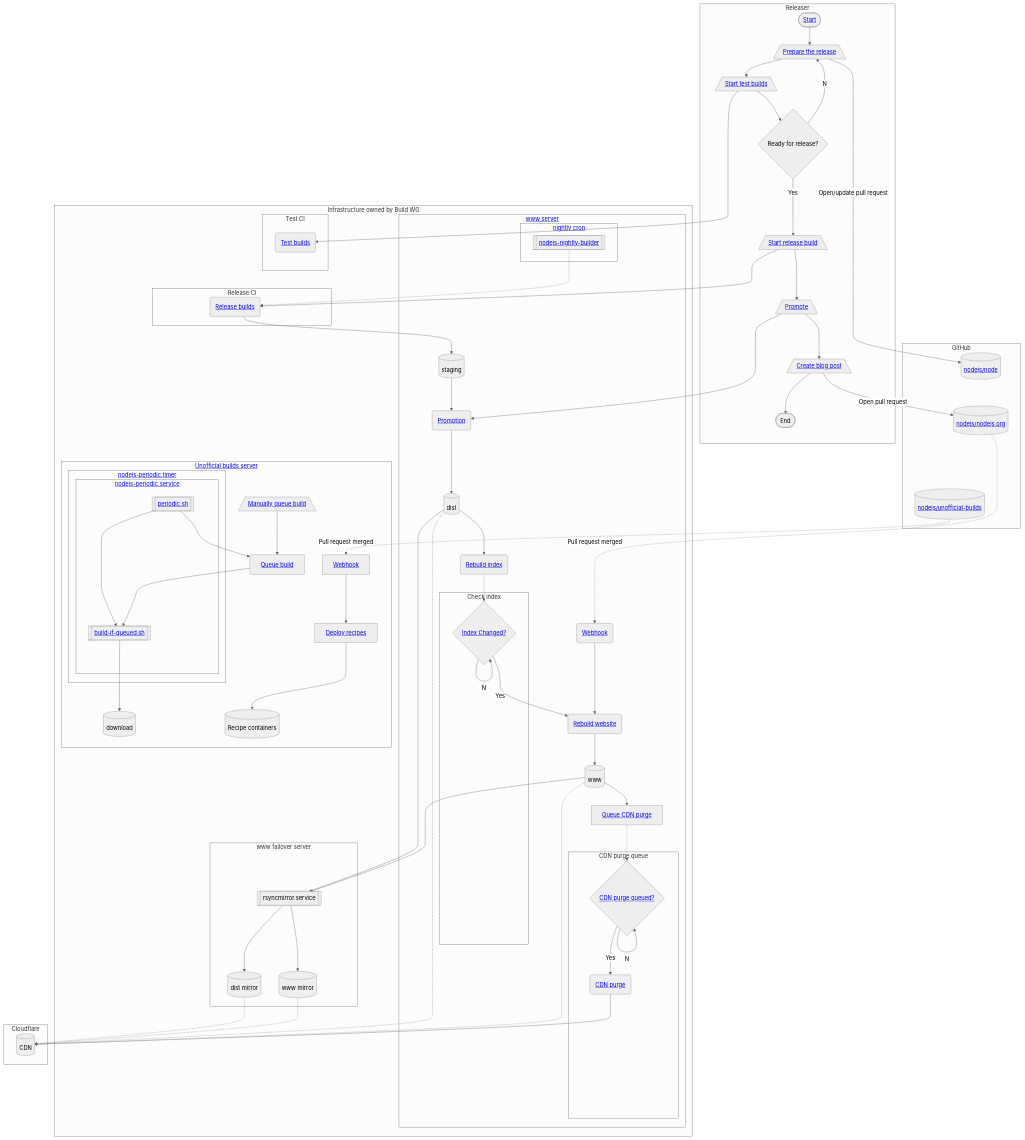
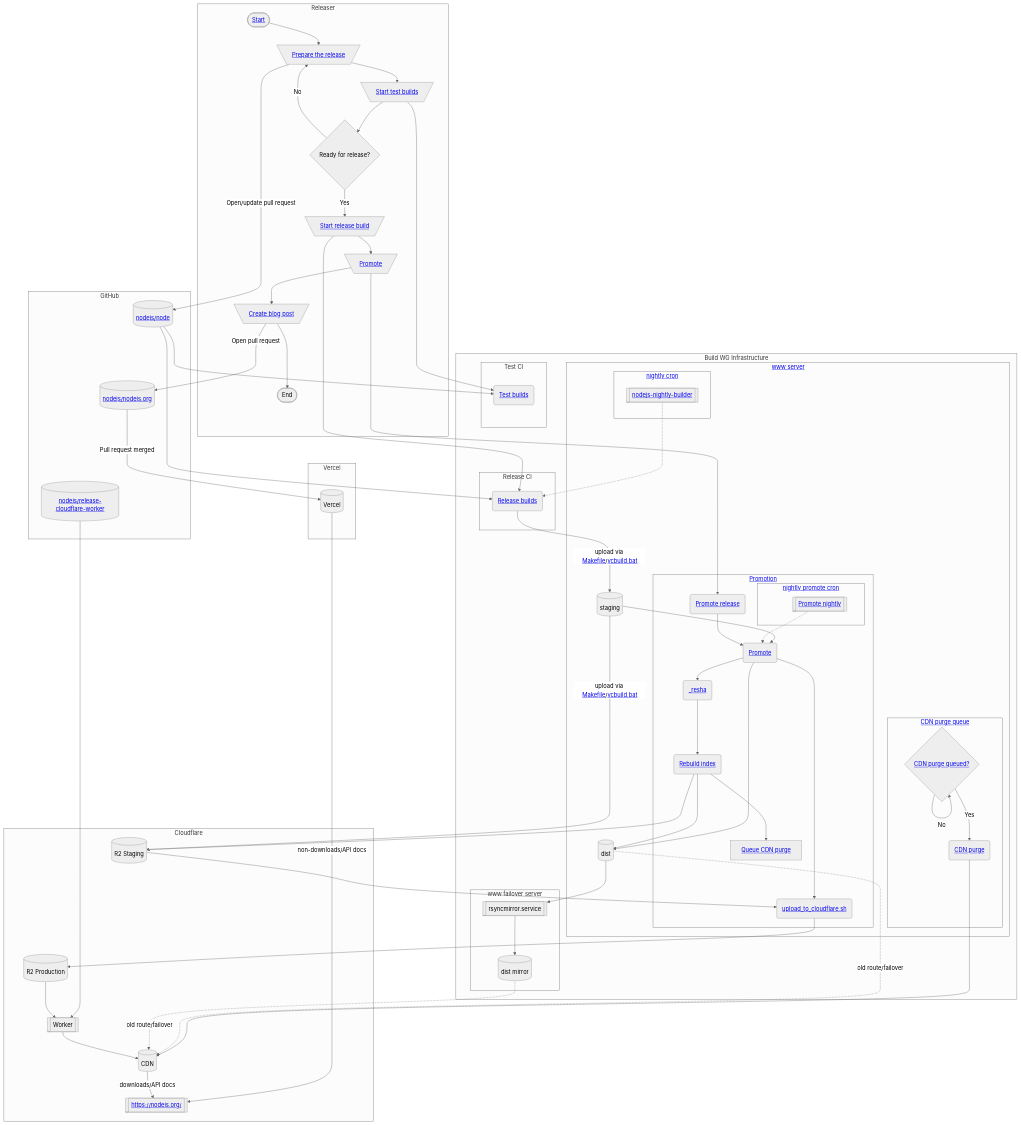
The diagram in doc/release-overview.md (nodejs/build), drawn with Mermaid (neutral theme) before and after one commit.

Commit message:
doc: update release overview (#3983)
Website is now hosted on Vercel.
Add R2 object storage for staging/hosting of downloads.
Remove unofficial-builds to simplify the overview (it still exists).

````diff
--- a/doc/release-overview.md
+++ b/doc/release-overview.md
@@ -8,28 +8,28 @@
 flowchart TD
     subgraph releaser[Releaser]
       start([<a href='https://github.com/nodejs/node/blob/main/doc/contributing/releases.md'>Start</a>])
-      prepareRelease[/<a href='https://github.com/nodejs/node/blob/main/doc/contributing/releases.md#7-ensure-that-the-release-branch-is-stable'>Prepare the release</a>\]
-      startTestBuilds[/<a href='https://github.com/nodejs/node/blob/main/doc/contributing/releases.md#7-ensure-that-the-release-branch-is-stable'>Start test builds</a>\]
+      prepareRelease[\<a href='https://github.com/nodejs/node/blob/main/doc/contributing/releases.md#7-ensure-that-the-release-branch-is-stable'>Prepare the release</a>/]
+      startTestBuilds[\<a href='https://github.com/nodejs/node/blob/main/doc/contributing/releases.md#7-ensure-that-the-release-branch-is-stable'>Start test builds</a>/]
       readyToRelease{Ready for release?}
       
-      startReleaseBuilds[/<a href='https://github.com/nodejs/node/blob/main/doc/contributing/releases.md#9-produce-release-builds'>Start release build</a>\]
-      promote[/<a href='https://github.com/nodejs/node/blob/main/tools/release.sh'>Promote</a>\]
-      blog[/<a href='https://github.com/nodejs/nodejs.org/blob/main/apps/site/scripts/release-post/index.mjs'>Create blog post</a>\]
+      startReleaseBuilds[\<a href='https://github.com/nodejs/node/blob/main/doc/contributing/releases.md#9-produce-release-builds'>Start release build</a>/]
+      promote[\<a href='https://github.com/nodejs/node/blob/main/tools/release.sh'>Promote</a>/]
+      blog[\<a href='https://github.com/nodejs/nodejs.org/blob/main/apps/site/scripts/release-post/index.mjs'>Create blog post</a>/]
       done([End])
 
       start-->prepareRelease-->startTestBuilds-->readyToRelease
-      readyToRelease--No-->prepareRelease
-      readyToRelease--Yes-->startReleaseBuilds-->promote-->blog-->done
+      readyToRelease-->|No|prepareRelease
+      readyToRelease-->|Yes|startReleaseBuilds-->promote-->blog-->done
     end
     subgraph github[GitHub]
       ghCode[(<a href='https://github.com/nodejs/node'>nodejs/node</a>)]
       ghWebsite[(<a href='https://github.com/nodejs/nodejs.org'>nodejs/nodejs.org</a>)]
-      ghUnofficial[(<a href='https://github.com/nodejs/unofficial-builds'>nodejs/unofficial-builds</a>)]
+      ghCFWorker[(<a href='https://github.com/nodejs/release-cloudflare-worker'>nodejs/release-cloudflare-worker</a>)]
       
       %% This invisible link is to aid the layout of the flowchart, stacking the repositories vertically
-      ghCode ~~~ ghWebsite ~~~ ghUnofficial
+      ghCode ~~~ ghWebsite ~~~ ghCFWorker
     end
-    subgraph buildInfra[Infrastructure owned by Build WG]
+    subgraph buildInfra[Build WG Infrastructure]
     subgraph ci[Test CI]
       testBuilds(<a href='https://ci.nodejs.org/job/node-test-pull-request/'>Test builds</a>)
     end
@@ -38,87 +38,81 @@
     end
     subgraph wwwServer[<a href='https://github.com/nodejs/build/tree/main/ansible/www-standalone'>www server</a>]
       staging[(staging)]
-      promotion(<a href='https://github.com/nodejs/build/tree/main/ansible/www-standalone/tools/promote'>Promotion</a>)
       dist[(dist)]
-      rebuildIdx(<a href='https://github.com/nodejs/nodejs-dist-indexer'>Rebuild index</a>)
-      rebuildWebsite(<a href='https://github.com/nodejs/build/blob/main/ansible/www-standalone/resources/scripts/build-site.sh'>Rebuild website</a>)
-      www[(www)]
-      queueCDN[<a href='https://github.com/nodejs/build/blob/main/ansible/www-standalone/resources/scripts/queue-cdn-purge.sh'>Queue CDN purge</a>]
-      webhook(<a href='https://github.com/nodejs/build/blob/main/ansible/www-standalone/resources/config/github-webhook.json.j2'>Webhook</a>)
+      subgraph promotion[<a href='https://github.com/nodejs/build/tree/main/ansible/www-standalone/tools/promote'>Promotion</a>]
+        subgraph nightlyPromoteCron[<a href='https://github.com/nodejs/build/blob/main/ansible/www-standalone/tasks/site-setup.yaml'>nightly promote cron</a>]
+          promoteNightly[[<a href='https://github.com/nodejs/build/blob/main/ansible/www-standalone/tools/promote/promote_nightly.sh'>Promote nightly</a>]]
+        end
+        promoteRelease(<a href='https://github.com/nodejs/build/blob/main/ansible/www-standalone/tools/promote/promote_release.sh'>Promote release</a>)
+        promoteCommon(<a href='https://github.com/nodejs/build/blob/main/ansible/www-standalone/tools/promote/_promote.sh'>Promote</a>)
+        resha(<a href='https://github.com/nodejs/build/blob/main/ansible/www-standalone/tools/promote/_resha.sh'>_resha</a>)
+        uploadToCloudflare(<a href='https://github.com/nodejs/build/blob/main/ansible/www-standalone/tools/promote/upload_to_cloudflare.sh'>upload_to_cloudflare.sh</a>)
+        rebuildIdx(<a href='https://github.com/nodejs/nodejs-dist-indexer'>Rebuild index</a>)
+        queueCDN[<a href='https://github.com/nodejs/build/blob/main/ansible/www-standalone/resources/scripts/queue-cdn-purge.sh'>Queue CDN purge</a>]
+      end
+      
       subgraph nightlyCron[<a href='https://github.com/nodejs/build/blob/main/ansible/www-standalone/tasks/tools.yaml'>nightly cron</a>]
         nightlyBuilder[[<a href='https://github.com/nodejs/nodejs-nightly-builder'>nodejs-nightly-builder</a>]]
       end
 
-      staging-->promotion-->dist-->rebuildIdx
+      staging-->promoteCommon-->dist
+      promoteNightly-.->promoteCommon
+      promoteRelease-->promoteCommon
+      promoteCommon-->resha-->rebuildIdx
+      promoteCommon-->uploadToCloudflare
       nightlyBuilder-.->releaseBuilds
+      rebuildIdx-->queueCDN
+      rebuildIdx-->dist
 
-      subgraph chkIndex[Check index]
-        idxChanged{<a href='https://github.com/nodejs/build/blob/main/ansible/www-standalone/resources/scripts/check-build-site.sh'>Index Changed?</a>}
-
-        idxChanged--No-->idxChanged
-      end
-      
-      rebuildIdx-.->idxChanged
-      webhook-->rebuildWebsite
-      idxChanged--Yes-->rebuildWebsite
-      rebuildWebsite-->www-->queueCDN-.->purgeQueued
-
-      subgraph cdn[CDN purge queue]
+      subgraph cdn[<a href='https://github.com/nodejs/build/blob/main/ansible/www-standalone/tasks/site-setup.yaml'>CDN purge queue</a>]
         purgeQueued{<a href='https://github.com/nodejs/build/blob/main/ansible/www-standalone/resources/scripts/cdn-purge.sh.j2'>CDN purge queued?</a>}
         purge(<a href='https://github.com/nodejs/build/blob/main/ansible/www-standalone/resources/scripts/cdn-purge.sh.j2'>CDN purge</a>)
 
-        purgeQueued--No-->purgeQueued
-        purgeQueued--Yes-->purge
+        purgeQueued-->|No|purgeQueued
+        purgeQueued-->|Yes|purge
       end
-    end
-    subgraph unofficial[<a href='https://github.com/nodejs/build/tree/main/ansible/roles/unofficial-builds'>Unofficial builds server</a>]
-      subgraph unofficialPeriodicTimer[<a href='https://github.com/nodejs/build/blob/main/ansible/roles/unofficial-builds/files/nodejs-periodic.timer'>nodejs-periodic.timer</a>]
-        subgraph unofficialPeriodicService[<a href='https://github.com/nodejs/build/blob/main/ansible/roles/unofficial-builds/files/nodejs-periodic.service'>nodejs-periodic.service</a>]
-          unofficialPeriodicSh[[<a href='https://github.com/nodejs/unofficial-builds/blob/main/bin/periodic.sh'>periodic.sh</a>]]
-          unofficialBuildIfQueued[[<a href='https://github.com/nodejs/unofficial-builds/blob/main/bin/build-if-queued.sh'>build-if-queued.sh</a>]]
-        end
-      end
-      unofficialManualQueue[/<a href='https://github.com/nodejs/unofficial-builds#manual-build-triggers'>Manually queue build</a>\]
-      unofficialQueueBuild[<a href='https://github.com/nodejs/unofficial-builds/blob/main/bin/queue-push.sh'>Queue build</a>]
-      unofficialDownloads[(download)]
-      unofficialWebhook[<a href='https://github.com/nodejs/build/blob/main/ansible/roles/unofficial-builds/files/unofficial-builds-deploy-webhook.service'>Webhook</a>]
-      unofficialDeploy[<a href='https://github.com/nodejs/build/blob/main/ansible/roles/unofficial-builds/files/deploy-unofficial-builds.sh'>Deploy recipes]
-      unofficialRecipes[(Recipe containers)]
-      
-      ghUnofficial-.->|Pull request merged|unofficialWebhook-->unofficialDeploy-->unofficialRecipes
-      unofficialPeriodicSh-->unofficialBuildIfQueued-->unofficialDownloads
-      unofficialPeriodicSh-->unofficialQueueBuild-->unofficialBuildIfQueued
-      unofficialManualQueue-->unofficialQueueBuild
     end
     subgraph unencrypted[www failover server]
       unencryptedRsync[[rsyncmirror.service]]
       unencryptedDist[(dist mirror)]
-      unencryptedWww[(www mirror)]
 
       dist-->unencryptedRsync
-      www-->unencryptedRsync
       unencryptedRsync-->unencryptedDist
-      unencryptedRsync-->unencryptedWww
     end
     end
     prepareRelease-->|Open/update pull request|ghCode
     startTestBuilds-->testBuilds
     startReleaseBuilds-->releaseBuilds
-    ghWebsite-.->|Pull request merged|webhook
-    promote-->promotion
+    ghCode-->testBuilds
+    ghCode-->releaseBuilds
+    ghWebsite-->|Pull request merged|Vercel
+    promote-->promoteRelease
     blog-->|Open pull request|ghWebsite
-    releaseBuilds-->staging
+    releaseBuilds-->|upload via <a href='https://github.com/nodejs/node/blob/main/Makefile'>Makefile</a>/<a href='https://github.com/nodejs/node/blob/main/vcbuild.bat'>vcbuild.bat</a>|staging
+    staging-->|upload via <a href='https://github.com/nodejs/node/blob/main/Makefile'>Makefile</a>/<a href='https://github.com/nodejs/node/blob/main/vcbuild.bat'>vcbuild.bat</a>|r2Staging
+    subgraph vercel[Vercel]
+      Vercel[(Vercel)]
+    end
     subgraph cloudflare[Cloudflare]
+      website[[<a href='https://nodejs.org/'>https://nodejs.org/</a>]]
       cloudflareCDN[(CDN)]
+      cloudflareWorker[[Worker]]
+      r2Staging[(R2 Staging)]
+      r2Dist[(R2 Production)]
     end
     purge-->cloudflareCDN
-    dist-.->cloudflareCDN
-    www-.->cloudflareCDN
-    unencryptedDist-.->cloudflareCDN
-    unencryptedWww-.->cloudflareCDN
+    dist-.->|old route/failover|cloudflareCDN
+    unencryptedDist-.->|old route/failover|cloudflareCDN
+    r2Staging-->uploadToCloudflare-->r2Dist
+    rebuildIdx-->r2Staging
+    ghCFWorker-->cloudflareWorker
+    r2Dist-->cloudflareWorker
+    Vercel-->|non-downloads/API docs|website
+    cloudflareWorker-->cloudflareCDN-->|downloads/API docs|website
 
     %% Invisible links to aid the layout of the flowchart, vertically stacking some subgraphs
-    ci ~~~ ci-release ~~~ unofficial
-    unofficial ~~~ unencrypted
-    buildInfra ~~~ cloudflare
+    ci ~~~ ci-release
+    releaser ~~~ github ~~~ vercel
+    promotion ~~~ cdn
+    r2Staging ~~~ website
 ```
````
